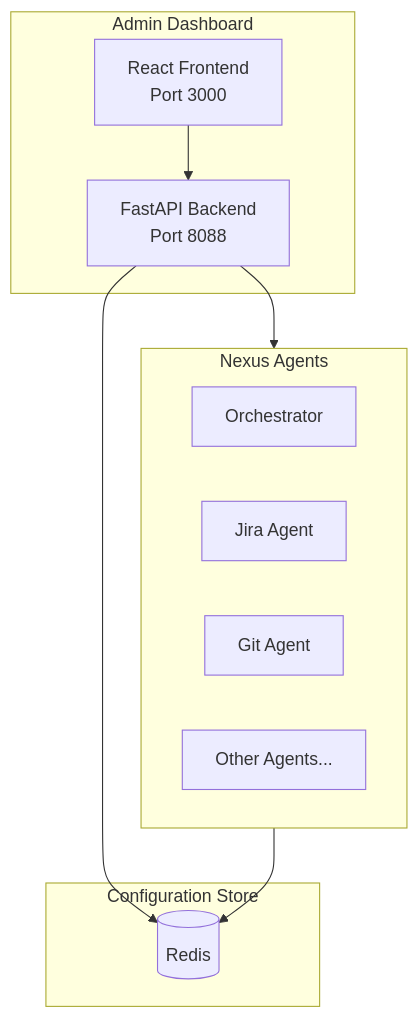
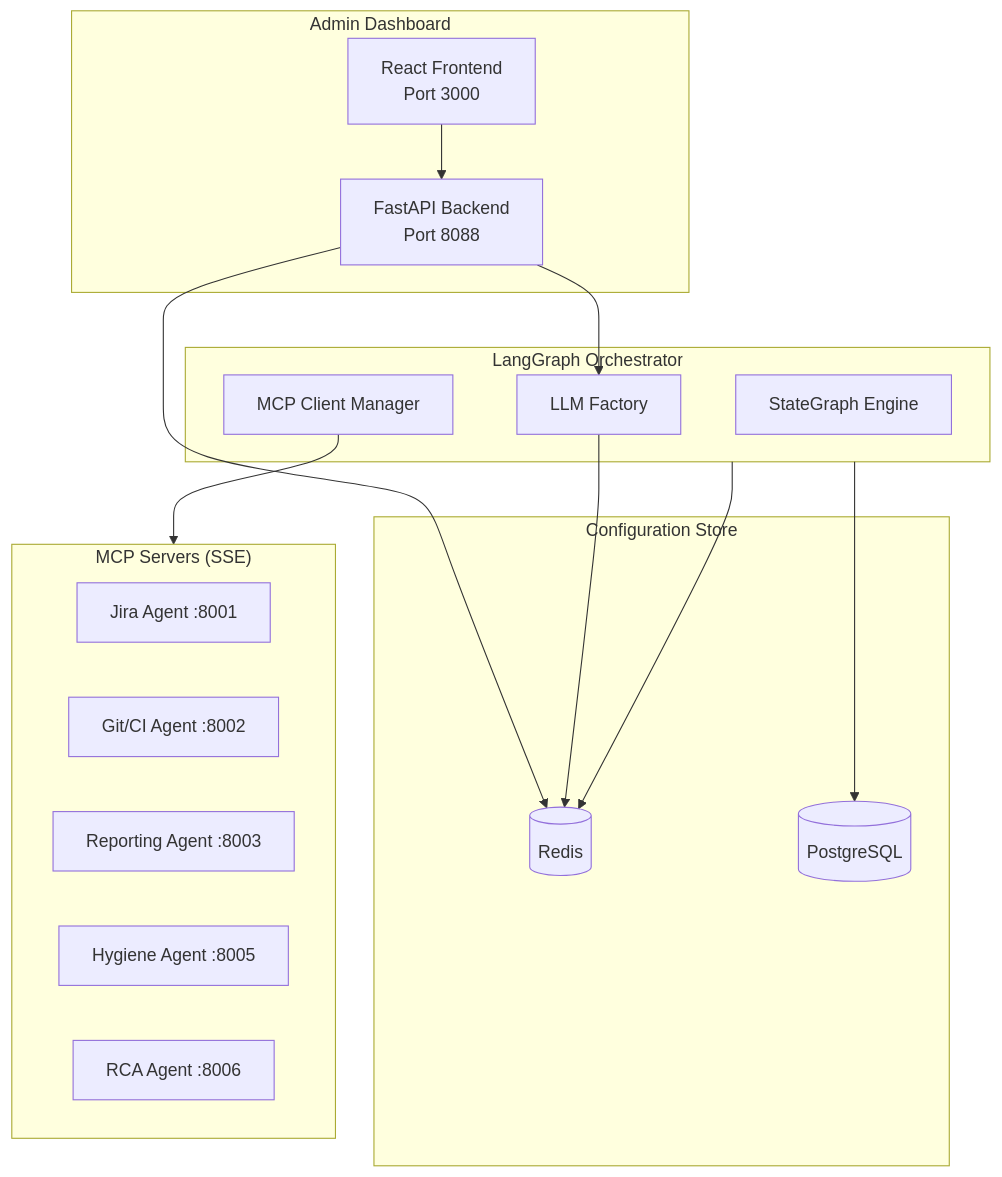
One commit to IKRedHat/Nexus-Release-Readiness-Bot changed the diagram in docs/admin-dashboard.md. Above: the diagram before and after it, drawn with Mermaid. The commit also changed other lines of this file and 10 other files, not shown here.

First line of the commit message:
docs: Comprehensive documentation update for LangGraph + MCP architecture

````diff
--- a/docs/admin-dashboard.md
+++ b/docs/admin-dashboard.md
@@ -208,24 +272,35 @@
 ```mermaid
 flowchart TB
     subgraph Dashboard["Admin Dashboard"]
         Frontend[React Frontend<br/>Port 3000]
         Backend[FastAPI Backend<br/>Port 8088]
     end
     
     subgraph Storage["Configuration Store"]
         Redis[(Redis)]
+        Postgres[(PostgreSQL)]
     end
     
-    subgraph Agents["Nexus Agents"]
-        Orchestrator[Orchestrator]
-        JiraAgent[Jira Agent]
-        GitAgent[Git Agent]
-        Others[Other Agents...]
+    subgraph Orchestrator["LangGraph Orchestrator"]
+        GraphEngine[StateGraph Engine]
+        LLMFactory[LLM Factory]
+        MCPClient[MCP Client Manager]
+    end
+    
+    subgraph MCPServers["MCP Servers (SSE)"]
+        JiraMCP[Jira Agent :8001]
+        GitMCP[Git/CI Agent :8002]
+        ReportMCP[Reporting Agent :8003]
+        HygieneMCP[Hygiene Agent :8005]
+        RCAMCP[RCA Agent :8006]
     end
     
     Frontend --> Backend
     Backend --> Redis
-    Backend --> Agents
+    Backend --> LLMFactory
     
-    Agents --> Redis
+    Orchestrator --> Redis
+    Orchestrator --> Postgres
+    LLMFactory --> Redis
+    MCPClient --> MCPServers
 ```
````
